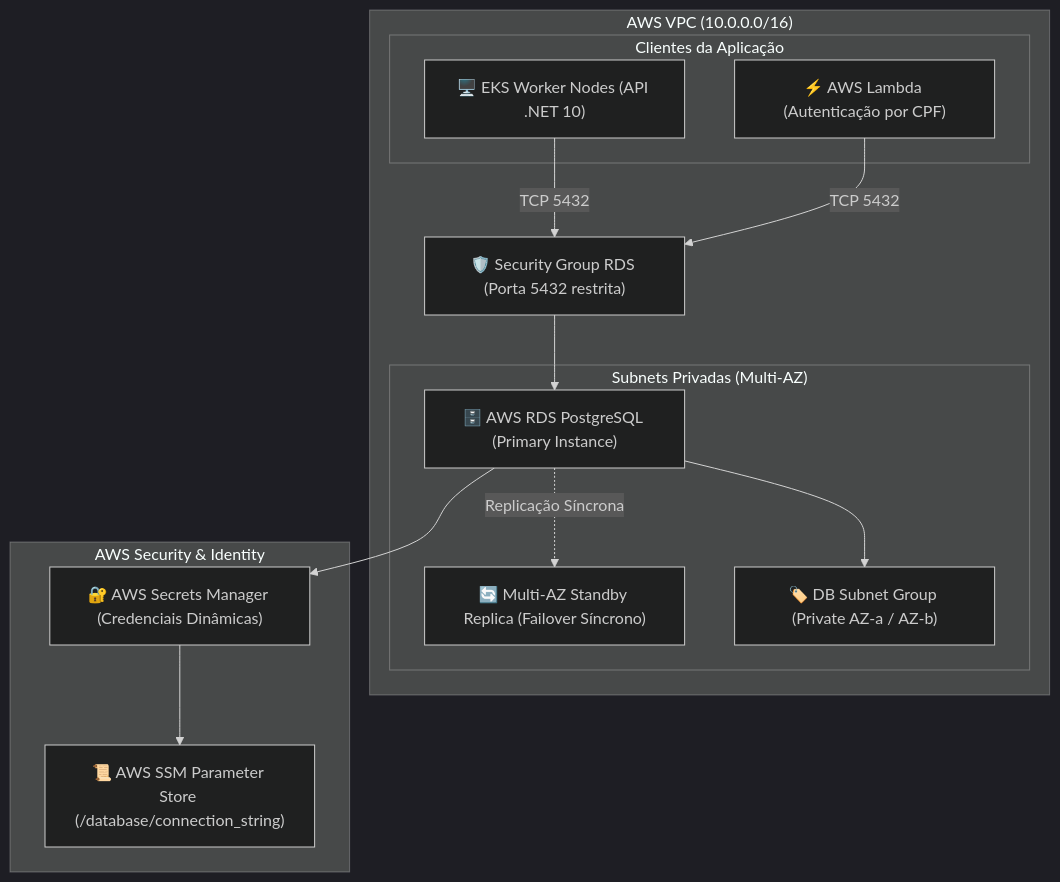
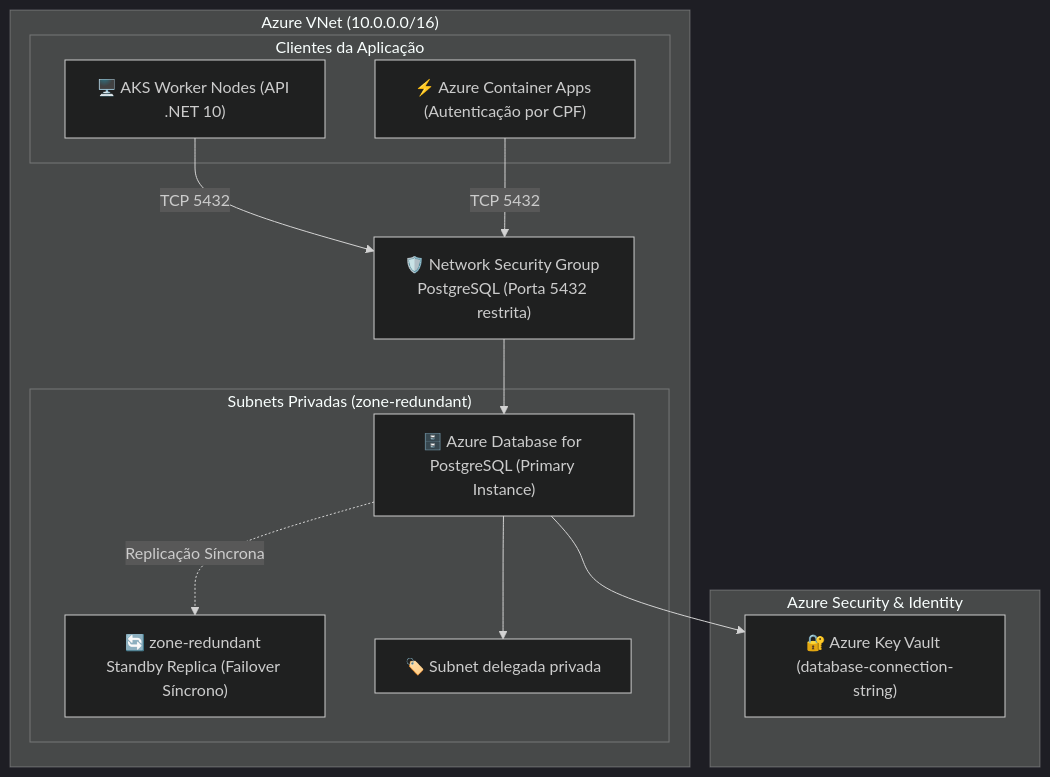
One commit to dvdalves/FIAP.Tech.Challenge.Infra.Database changed the first of 2 diagrams in README.md. Above: the diagram before and after it, drawn with Mermaid (dark theme). The commit also changed other lines of this file and 8 other files, not shown here.

````diff
--- a/README.md
+++ b/README.md
@@ -58,31 +58,29 @@
 ```mermaid
 graph TD
-    subgraph VPC ["AWS VPC (10.0.0.0/16)"]
-        subgraph PrivateSubnets ["Subnets Privadas (Multi-AZ)"]
-            RDSPrimary["🗄️ AWS RDS PostgreSQL (Primary Instance)"]
-            RDSStandby["🔄 Multi-AZ Standby Replica (Failover Síncrono)"]
-            SubnetGroup["🏷️ DB Subnet Group (Private AZ-a / AZ-b)"]
+    subgraph VNet ["Azure VNet (10.0.0.0/16)"]
+        subgraph PrivateSubnets ["Subnets Privadas (zone-redundant)"]
+            PostgreSQLFlexivelPrimary["🗄️ Azure Database for PostgreSQL (Primary Instance)"]
+            PostgreSQLFlexivelStandby["🔄 zone-redundant Standby Replica (Failover Síncrono)"]
+            PrivateSubnet["🏷️ Subnet delegada privada"]
         end
 
         subgraph ClientApplications ["Clientes da Aplicação"]
-            EKSNodes["🖥️ EKS Worker Nodes (API .NET 10)"]
-            AuthLambda["⚡ AWS Lambda (Autenticação por CPF)"]
+            AKSNodes["🖥️ AKS Worker Nodes (API .NET 10)"]
+            AuthLambda["⚡ Azure Container Apps (Autenticação por CPF)"]
         end
 
-        SG["🛡️ Security Group RDS (Porta 5432 restrita)"]
+        NSG["🛡️ Network Security Group PostgreSQL (Porta 5432 restrita)"]
     end
 
-    subgraph SecurityControl ["AWS Security & Identity"]
-        SecretsMgr["🔐 AWS Secrets Manager (Credenciais Dinâmicas)"]
-        SSM["📜 AWS SSM Parameter Store (/database/connection_string)"]
+    subgraph SecurityControl ["Azure Security & Identity"]
+        KeyVault["🔐 Azure Key Vault (database-connection-string)"]
     end
 
-    EKSNodes -->|TCP 5432| SG
-    AuthLambda -->|TCP 5432| SG
-    SG --> RDSPrimary
-    RDSPrimary -.->|Replicação Síncrona| RDSStandby
-    RDSPrimary --> SubnetGroup
+    AKSNodes -->|TCP 5432| NSG
+    AuthLambda -->|TCP 5432| NSG
+    NSG --> PostgreSQLFlexivelPrimary
+    PostgreSQLFlexivelPrimary -.->|Replicação Síncrona| PostgreSQLFlexivelStandby
+    PostgreSQLFlexivelPrimary --> PrivateSubnet
 
-    RDSPrimary --> SecretsMgr
-    SecretsMgr --> SSM
+    PostgreSQLFlexivelPrimary --> KeyVault
 ```
````
